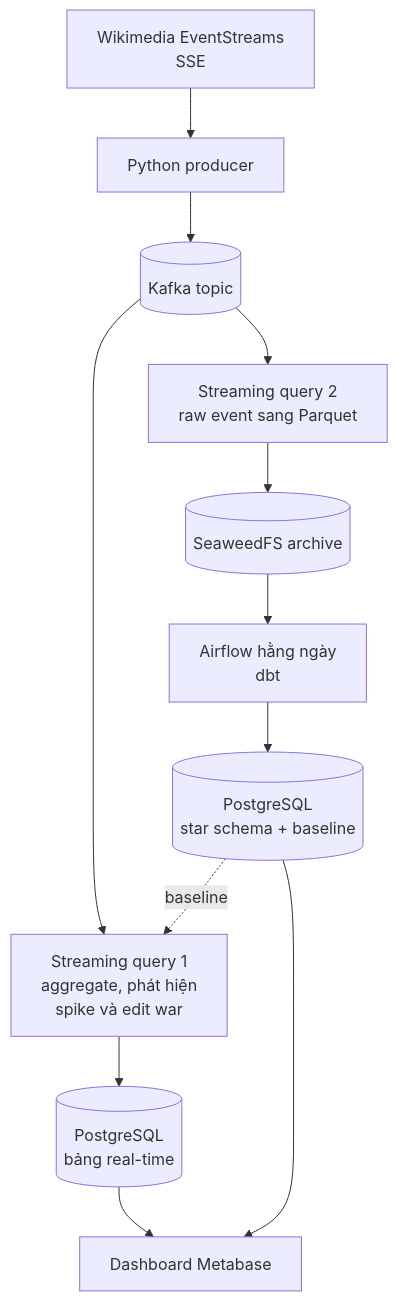
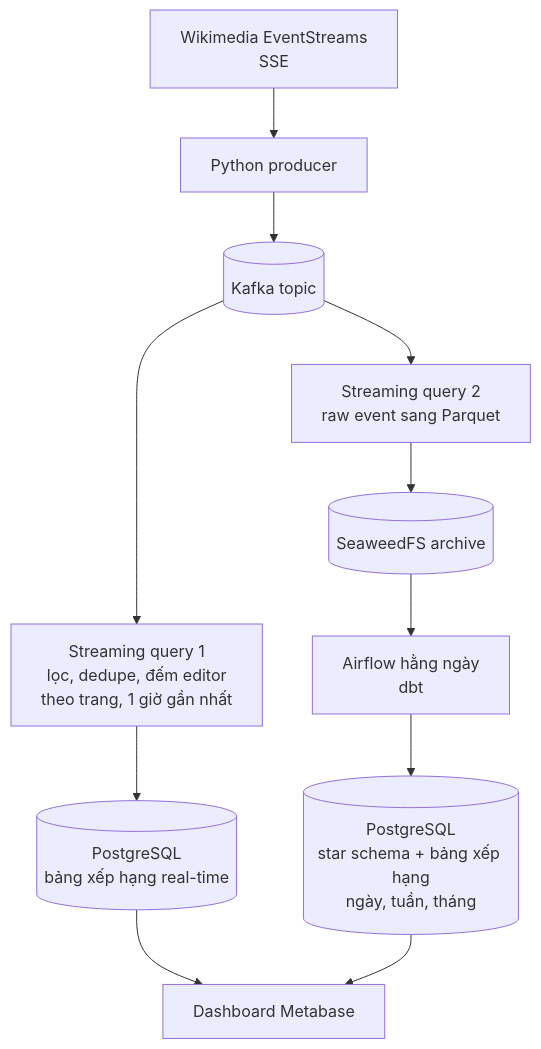
The second of 2 diagrams in README.md (nghiax32/WikiHeatmap), drawn with Mermaid before and after one commit. The commit also changed other lines of this file, not shown here.

````diff
--- a/README.md
+++ b/README.md
@@ -131,14 +111,13 @@
 ```mermaid
 flowchart TD
     A[Wikimedia EventStreams<br/>SSE] --> B[Python producer]
     B --> C[(Kafka topic)]
-    C --> D[Streaming query 1<br/>aggregate, phát hiện<br/>spike và edit war]
+    C --> D[Streaming query 1<br/>lọc, dedupe, đếm editor<br/>theo trang, 1 giờ gần nhất]
     C --> E[Streaming query 2<br/>raw event sang Parquet]
-    D --> F[(PostgreSQL<br/>bảng real-time)]
+    D --> F[(PostgreSQL<br/>bảng xếp hạng real-time)]
     E --> G[(SeaweedFS archive)]
     G --> H[Airflow hằng ngày<br/>dbt]
-    H --> I[(PostgreSQL<br/>star schema + baseline)]
-    I -. baseline .-> D
+    H --> I[(PostgreSQL<br/>star schema + bảng xếp hạng<br/>ngày, tuần, tháng)]
     F --> J[Dashboard Metabase]
     I --> J
 ```
````
